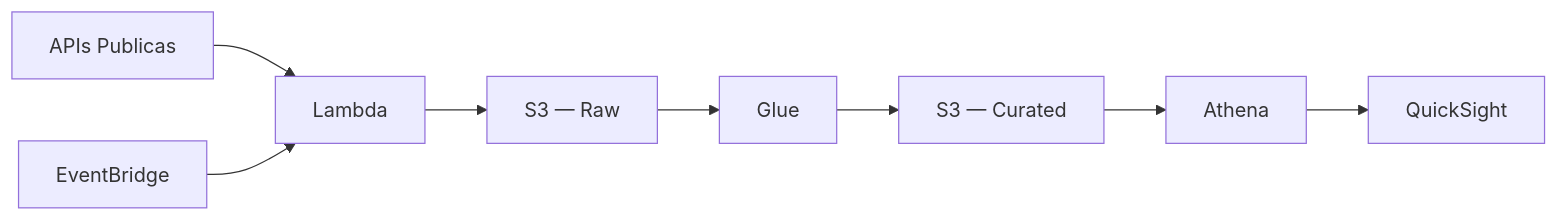
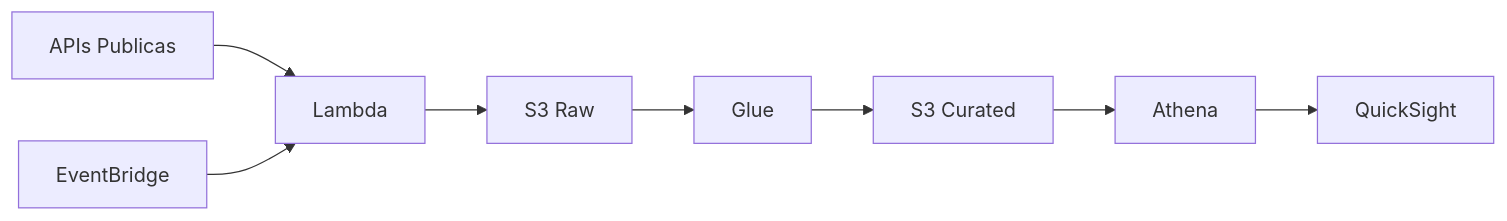
The diagram in README.md (RodrigoPresida/portfolio-analytics-fundos), drawn with Mermaid before and after one commit. The commit also changed other lines of this file and 2 other files, not shown here.

````diff
--- a/README.md
+++ b/README.md
@@ -54,10 +72,10 @@
 ```mermaid
 graph LR
     A[APIs Publicas] --> B[Lambda]
-    B --> C[S3 — Raw]
+    B --> C[S3 Raw]
     C --> D[Glue]
-    D --> E[S3 — Curated]
+    D --> E[S3 Curated]
     E --> F[Athena]
     F --> G[QuickSight]
     H[EventBridge] --> B
 ```
````
